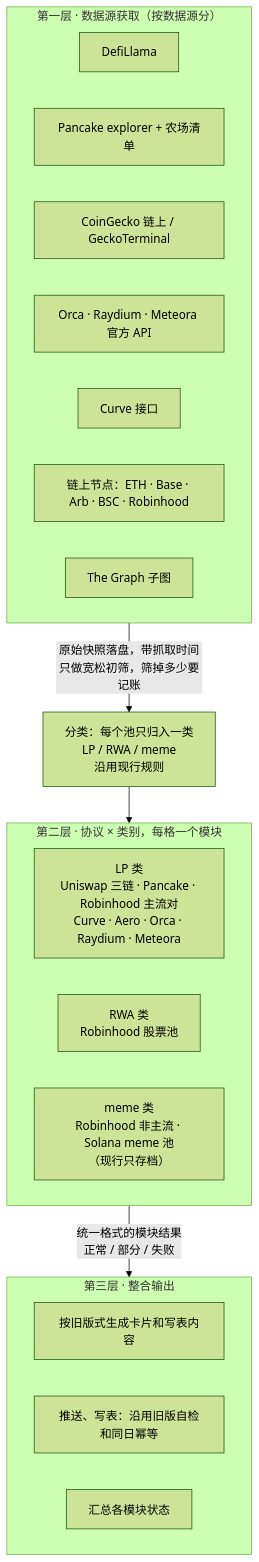
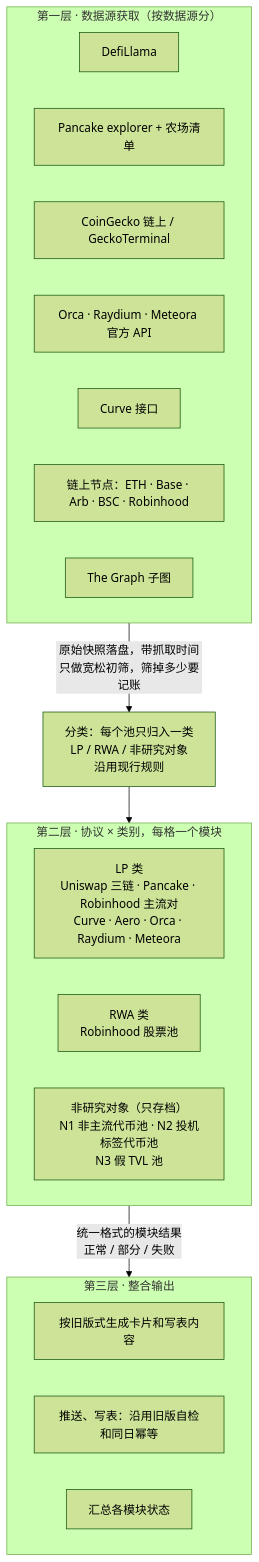
Before and after one commit to JulyWA/lp-monitor-3.0-snapshot: the third of 10 diagrams in protocol-docs/lp-market-layered-refactor-brief.md, drawn with Mermaid (forest theme). The commit also changed other lines of this file and 9 other files, not shown here.

````diff
--- a/protocol-docs/lp-market-layered-refactor-brief.md
+++ b/protocol-docs/lp-market-layered-refactor-brief.md
@@ -102,26 +103,26 @@
 ```mermaid
 flowchart TB
   subgraph L1["第一层 · 数据源获取（按数据源分）"]
     A1["DefiLlama"]
     A2["Pancake explorer + 农场清单"]
     A3["CoinGecko 链上 / GeckoTerminal"]
     A4["Orca · Raydium · Meteora 官方 API"]
     A5["Curve 接口"]
     A6["链上节点：ETH · Base · Arb · BSC · Robinhood"]
     A7["The Graph 子图"]
   end
   L1 -->|"原始快照落盘，带抓取时间<br/>只做宽松初筛，筛掉多少要记账"| K
-  K["分类：每个池只归入一类<br/>LP / RWA / meme<br/>沿用现行规则"]
+  K["分类：每个池只归入一类<br/>LP / RWA / 非研究对象<br/>沿用现行规则"]
   K --> L2
   subgraph L2["第二层 · 协议 × 类别，每格一个模块"]
     B1["LP 类<br/>Uniswap 三链 · Pancake · Robinhood 主流对<br/>Curve · Aero · Orca · Raydium · Meteora"]
     B2["RWA 类<br/>Robinhood 股票池"]
-    B3["meme 类<br/>Robinhood 非主流 · Solana meme 池<br/>（现行只存档）"]
+    B3["非研究对象（只存档）<br/>N1 非主流代币池 · N2 投机标签代币池<br/>N3 假 TVL 池"]
   end
   L2 -->|"统一格式的模块结果<br/>正常 / 部分 / 失败"| L3
   subgraph L3["第三层 · 整合输出"]
     C1["按旧版式生成卡片和写表内容"]
     C2["推送、写表：沿用旧版自检和同日幂等"]
     C3["汇总各模块状态"]
   end
 ```
````
